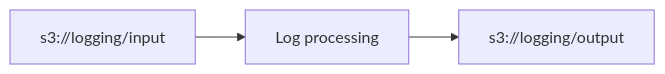
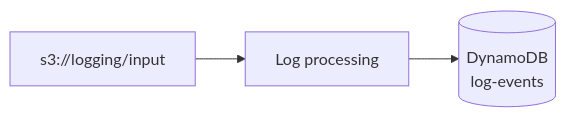
One commit to Dakewer/lambda-test changed the diagram in README.md. Above: the diagram before and after it, drawn with Mermaid. The commit also changed other lines of this file and 8 other files, not shown here.

First line of the commit message:
feat: log processing system parte 2 (S3 -> Lambda -> DynamoDB)

````diff
--- a/README.md
+++ b/README.md
@@ -6,5 +6,5 @@
 ```mermaid
 flowchart LR
-    S31["s3://logging/input"] --> Lambda["Log processing"]
-    Lambda --> S32["s3://logging/output"]
+    S3["s3://logging/input"] --> Lambda["Log processing"]
+    Lambda --> DDB[("DynamoDB<br/>log-events")]
 ```
````
